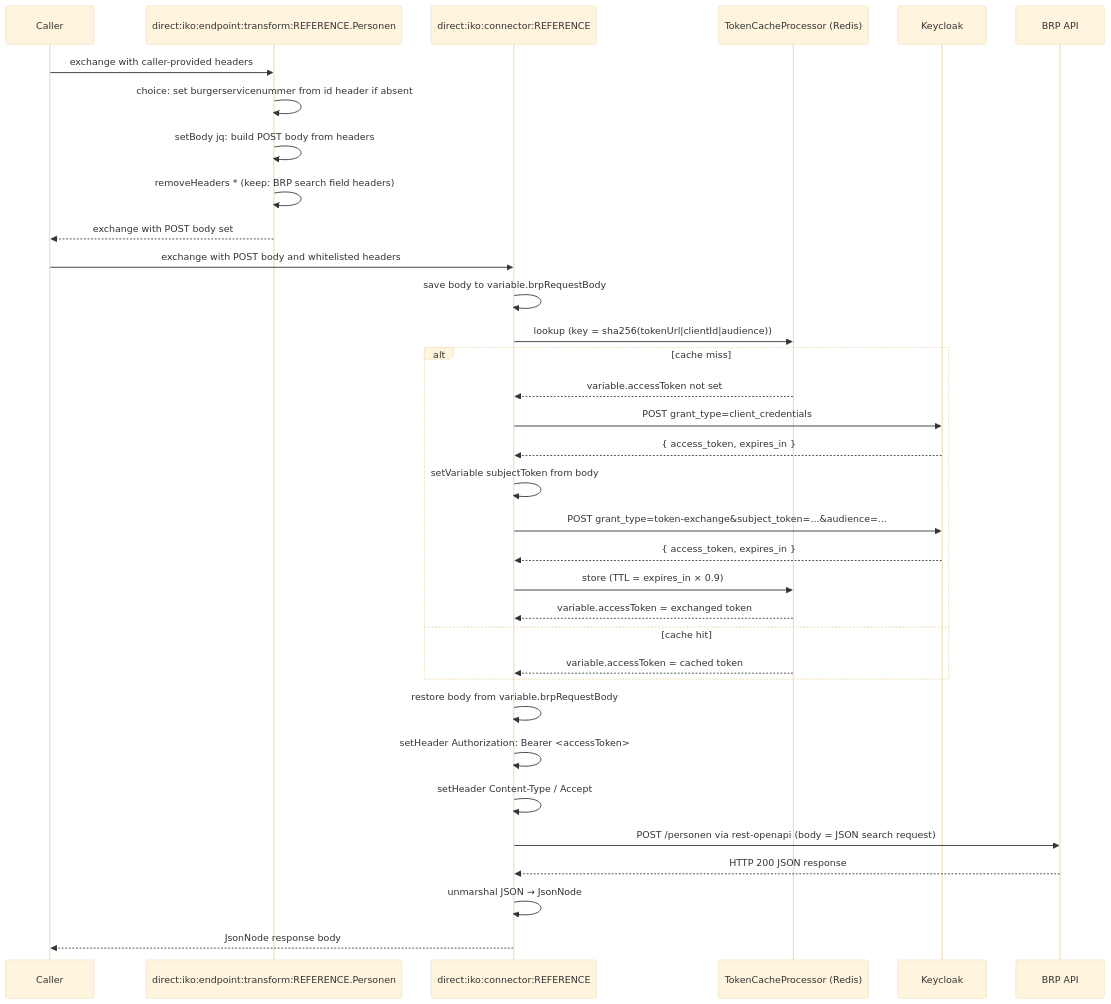
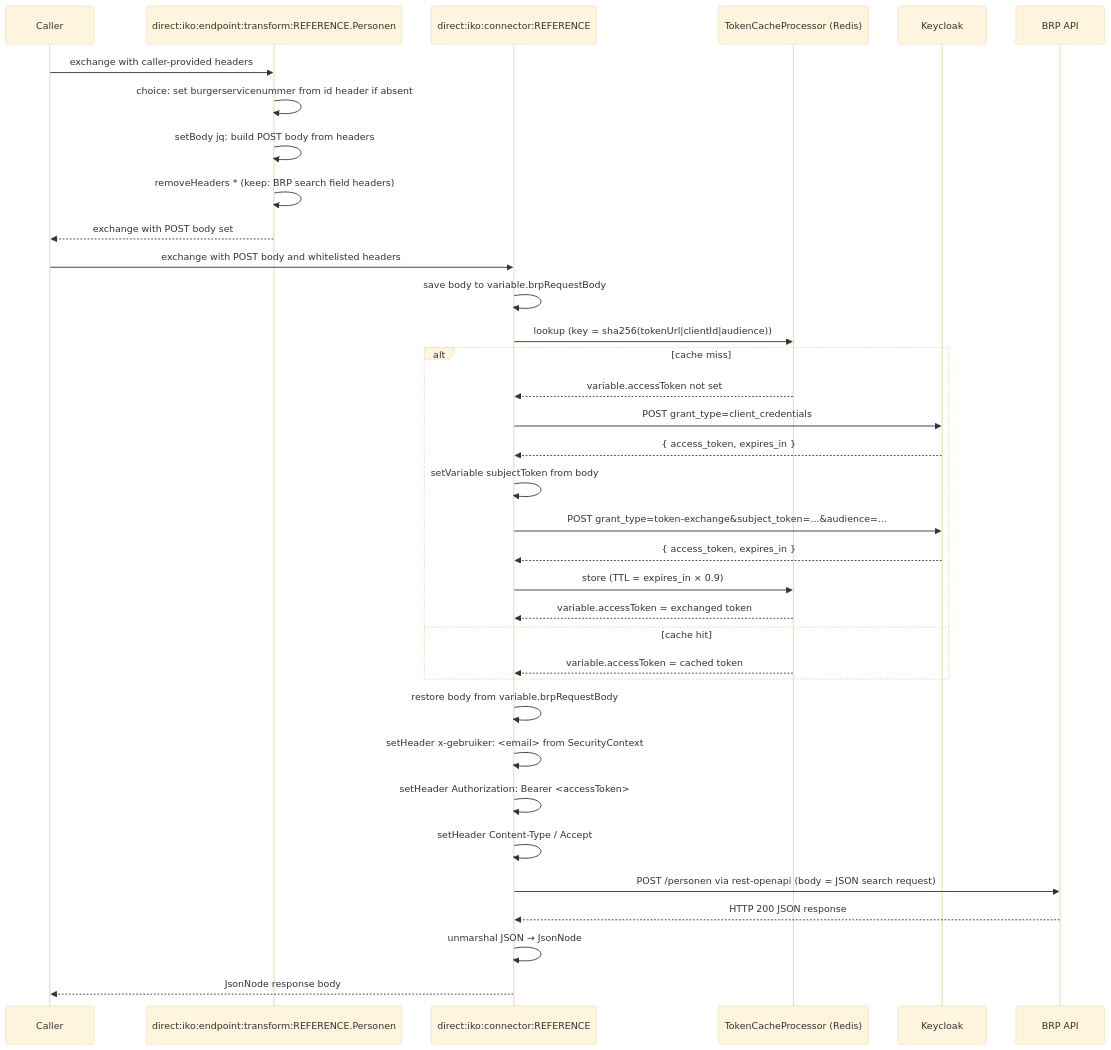
The diagram in doc/connectors/haalcentraal-brp-wsgateway.md (Integraal-Klant-en-Objectbeeld/iko), drawn with Mermaid (base theme) before and after one commit. The commit also changed other lines of this file and 3 other files, not shown here.

First line of the commit message:
feat: forward logged-in user email as x-gebruiker header on BRP wsGateway calls

````diff
--- a/doc/connectors/haalcentraal-brp-wsgateway.md
+++ b/doc/connectors/haalcentraal-brp-wsgateway.md
@@ -212,37 +215,38 @@
 ```mermaid
 sequenceDiagram
     participant Caller
     participant XfmPers as direct:iko:endpoint:transform:REFERENCE.Personen
     participant Conn as direct:iko:connector:REFERENCE
     participant Cache as TokenCacheProcessor (Redis)
     participant KC as Keycloak
     participant BRP as BRP API
 
     Caller->>XfmPers: exchange with caller-provided headers
     XfmPers->>XfmPers: choice: set burgerservicenummer from id header if absent
     XfmPers->>XfmPers: setBody jq: build POST body from headers
     XfmPers->>XfmPers: removeHeaders * (keep: BRP search field headers)
     XfmPers-->>Caller: exchange with POST body set
     Caller->>Conn: exchange with POST body and whitelisted headers
     Conn->>Conn: save body to variable.brpRequestBody
     Conn->>Cache: lookup (key = sha256(tokenUrl|clientId|audience))
     alt cache miss
         Cache-->>Conn: variable.accessToken not set
         Conn->>KC: POST grant_type=client_credentials
         KC-->>Conn: { access_token, expires_in }
         Conn->>Conn: setVariable subjectToken from body
         Conn->>KC: POST grant_type=token-exchange&subject_token=...&audience=...
         KC-->>Conn: { access_token, expires_in }
         Conn->>Cache: store (TTL = expires_in × 0.9)
         Cache-->>Conn: variable.accessToken = exchanged token
     else cache hit
         Cache-->>Conn: variable.accessToken = cached token
     end
     Conn->>Conn: restore body from variable.brpRequestBody
+    Conn->>Conn: setHeader x-gebruiker: <email> from SecurityContext
     Conn->>Conn: setHeader Authorization: Bearer <accessToken>
     Conn->>Conn: setHeader Content-Type / Accept
     Conn->>BRP: POST /personen via rest-openapi (body = JSON search request)
     BRP-->>Conn: HTTP 200 JSON response
     Conn->>Conn: unmarshal JSON → JsonNode
     Conn-->>Caller: JsonNode response body
 ```
````
